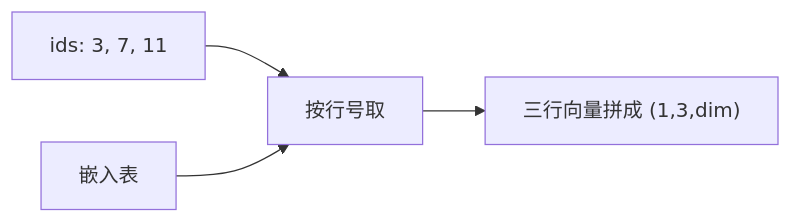
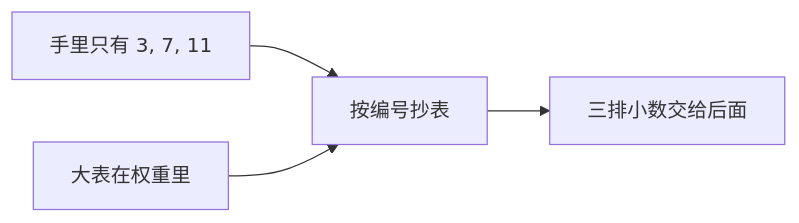
The diagram in web/src/content/beginner/cn/embedding.md (chaxus/arche), drawn with Mermaid before and after one commit. The commit also changed other lines of this file and 4 other files, not shown here.

````diff
--- a/web/src/content/beginner/cn/embedding.md
+++ b/web/src/content/beginner/cn/embedding.md
@@ -31,6 +51,6 @@
 ```mermaid
 flowchart LR
-  ids["ids: 3, 7, 11"] --> pick[按行号取]
-  table[嵌入表] --> pick
-  pick --> out["三行向量拼成 (1,3,dim)"]
+  ids["手里只有 3, 7, 11"] --> copy[按编号抄表]
+  table[大表在权重里] --> copy
+  copy --> nums["三排小数交给后面"]
 ```
````
